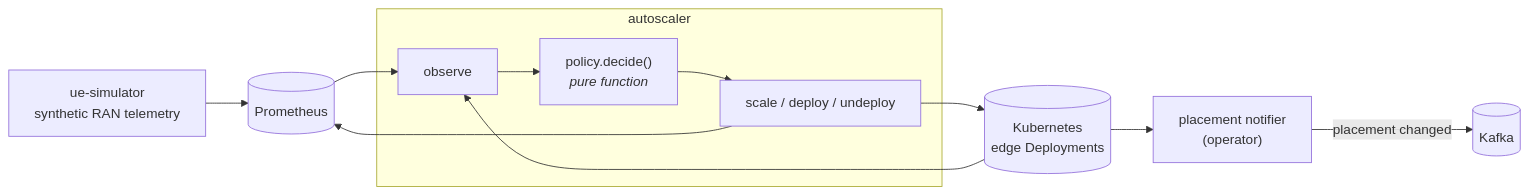
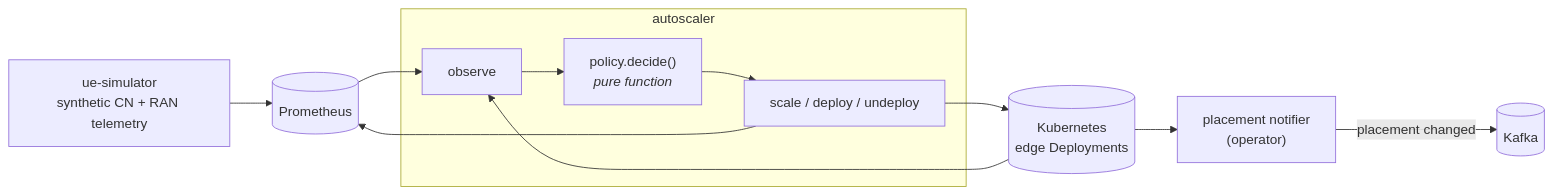
Before and after one commit to mdalgitsis/ran-aware-edge-autoscaling: the diagram in README.md, drawn with Mermaid. The commit also changed other lines of this file and 10 other files, not shown here.

````diff
--- a/README.md
+++ b/README.md
@@ -44,16 +49,16 @@
 ```mermaid
 flowchart LR
-    sim["ue-simulator<br/>synthetic RAN telemetry"]
+    sim["ue-simulator<br/>synthetic CN + RAN telemetry"]
     prom[("Prometheus")]
     subgraph loop["autoscaler"]
         observe["observe"] --> policy["policy.decide()<br/><i>pure function</i>"] --> act["scale / deploy / undeploy"]
     end
     k8s[("Kubernetes<br/>edge Deployments")]
     op["placement notifier<br/>(operator)"]
     kafka[("Kafka")]
 
     sim --> prom --> observe
     k8s --> observe
     act --> k8s --> op -->|placement changed| kafka
     act --> prom
 ```
````
